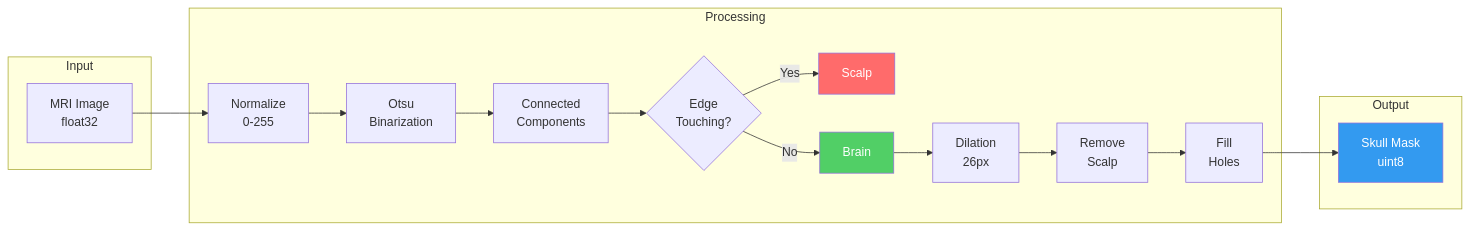
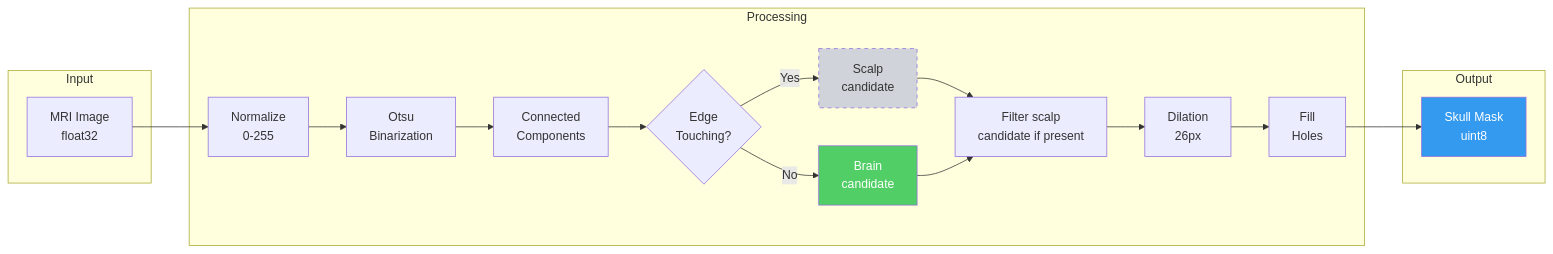
Before and after one commit to youngunghan/scitechblog: the diagram in _posts/2025-12-29-skull-mask-generation-mri.md, drawn with Mermaid. The commit also changed other lines of this file, not shown here.

````diff
--- a/_posts/2025-12-29-skull-mask-generation-mri.md
+++ b/_posts/2025-12-29-skull-mask-generation-mri.md
@@ -48,28 +50,29 @@
 ```mermaid
 flowchart LR
     subgraph Input
         A[MRI Image<br/>float32]
     end
     
     subgraph Processing
         B[Normalize<br/>0-255] --> C[Otsu<br/>Binarization]
         C --> D[Connected<br/>Components]
         D --> E{Edge<br/>Touching?}
-        E -->|Yes| F[Scalp]
-        E -->|No| G[Brain]
-        G --> H[Dilation<br/>26px]
-        H --> I[Remove<br/>Scalp]
-        I --> J[Fill<br/>Holes]
+        E -->|Yes| F[Scalp<br/>candidate]
+        E -->|No| G[Brain<br/>candidate]
+        F --> I[Filter scalp<br/>candidate if present]
+        G --> I
+        I --> H[Dilation<br/>26px]
+        H --> J[Fill<br/>Holes]
     end
     
     subgraph Output
         K[Skull Mask<br/>uint8]
     end
     
     A --> B
     J --> K
     
-    style F fill:#ff6b6b,color:#fff
+    style F fill:#d0d4da,color:#333,stroke-dasharray: 5 5
     style G fill:#51cf66,color:#fff
     style K fill:#339af0,color:#fff
 ```
````
